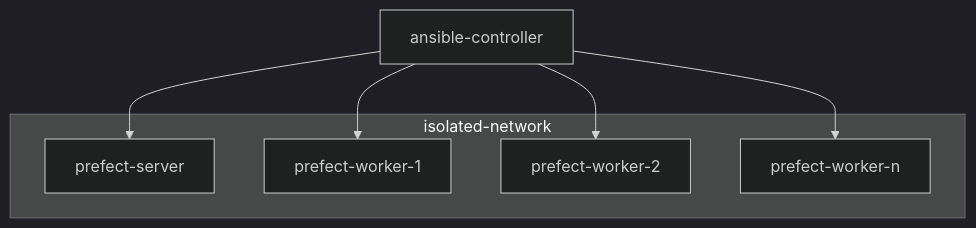
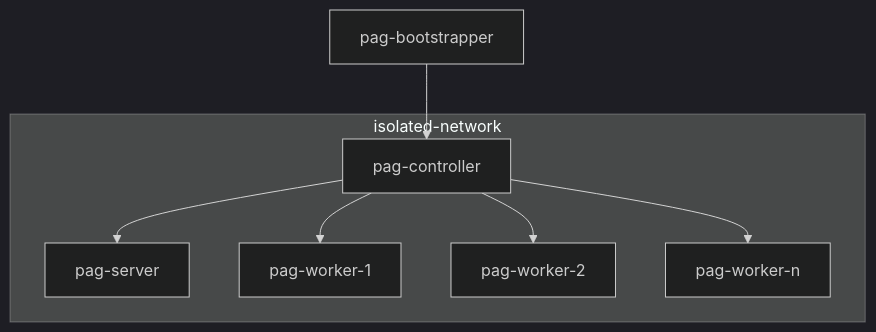
The diagram in README.md (geobeyond/pixi-prefect), drawn with Mermaid (dark theme) before and after one commit. The commit also changed other lines of this file, not shown here.

````diff
--- a/README.md
+++ b/README.md
@@ -8,13 +8,15 @@
 ```mermaid
 flowchart
-ansible-controller --> prefect-server
-ansible-controller --> prefect-worker-1
-ansible-controller --> prefect-worker-2
-ansible-controller --> prefect-worker-n
+pag-bootstrapper --> pag-controller
+pag-controller --> pag-server
+pag-controller --> pag-worker-1
+pag-controller --> pag-worker-2
+pag-controller --> pag-worker-n
 subgraph isolated-network 
-    prefect-server
-    prefect-worker-1
-    prefect-worker-2
-    prefect-worker-n
+    pag-controller
+    pag-server
+    pag-worker-1
+    pag-worker-2
+    pag-worker-n
 end
 ```
````
